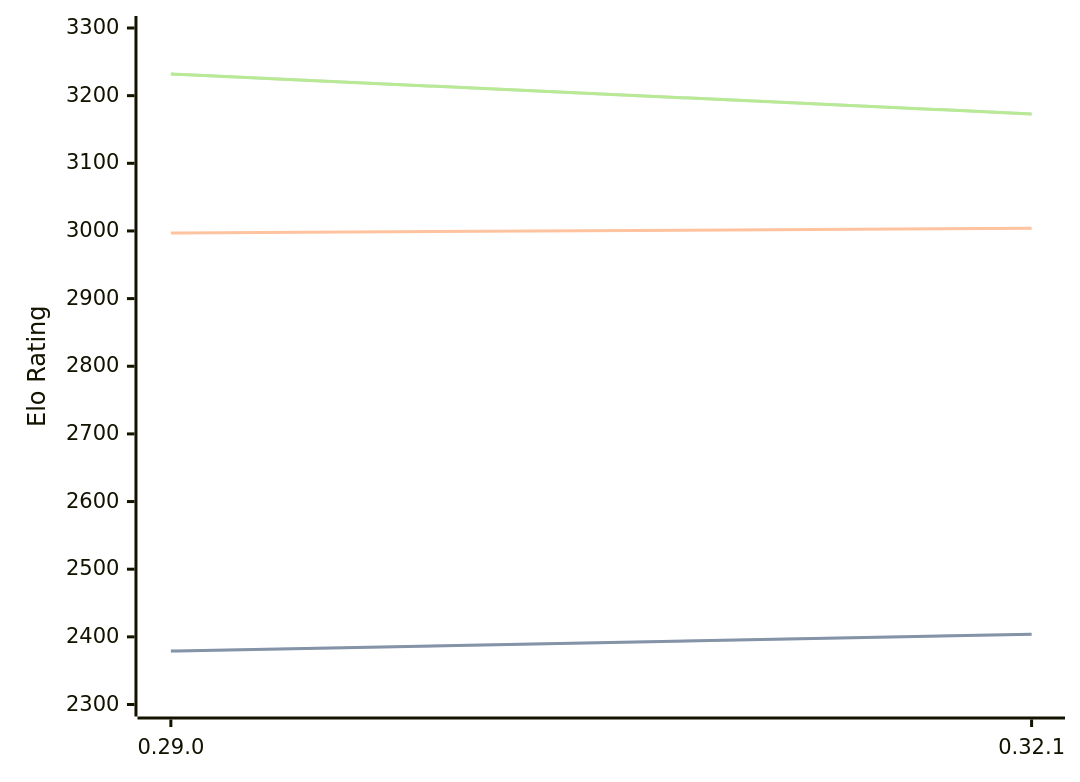
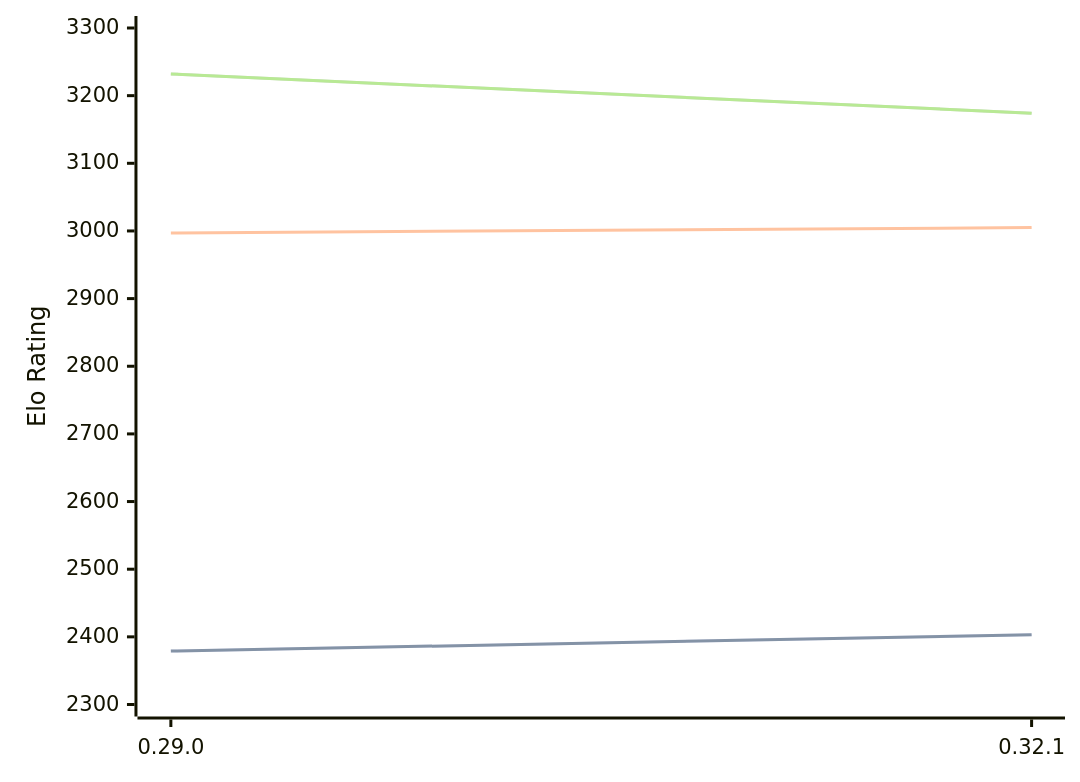
The diagram in engines/Lc0.md (computer-chess-index/cci), drawn with Mermaid before and after one commit. The commit also changed other lines of this file, not shown here.

Commit message:
Update CCI Ratings (ELO VLTC) - 2026-09-09

````diff
--- a/engines/Lc0.md
+++ b/engines/Lc0.md
@@ -32,11 +32,11 @@
 ```mermaid
 %%{init: {"theme":"base","themeVariables":{"seriesColors:['#a3a3a3','#222221','#faa371']}}}%%
 xychart-beta
   x-axis ["0.29.0", "0.32.1"]
   y-axis "Elo Rating" 2300 --> 3300
-  line "" [2379, 2404]
-  line "STC (8.0+0.08s)" [2379, 2404]
-  line "LTC (60.0+0.60s)" [2997, 3004]
-  line "" [3232, 3173]
-  line "VLTC (2m24s+1.12s)" [3232, 3173]
+  line "" [2379, 2403]
+  line "STC (8.0+0.08s)" [2379, 2403]
+  line "LTC (60.0+0.60s)" [2997, 3005]
+  line "" [3232, 3174]
+  line "VLTC (2m24s+1.12s)" [3232, 3174]
 ```
````
